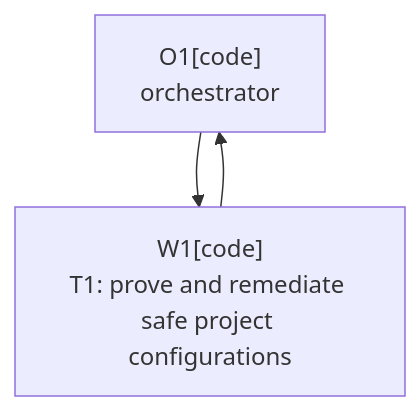
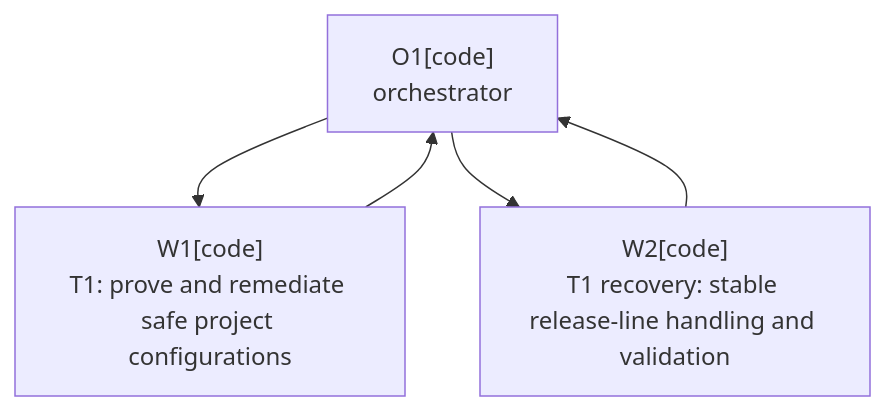
Before and after one commit to kamkie/intellij-ai-commit-all-plugin: the diagram in .agents/plans/PLAN-transitive-build-dependency-remediation.md, drawn with Mermaid. The commit also changed other lines of this file and 1 other file, not shown here.

First line of the commit message:
docs(plan): resume dependency remediation recovery

````diff
--- a/.agents/plans/PLAN-transitive-build-dependency-remediation.md
+++ b/.agents/plans/PLAN-transitive-build-dependency-remediation.md
@@ -229,7 +241,10 @@
 ```mermaid
 flowchart TD
     O1["O1[code]<br/>orchestrator"]
     W1["W1[code]<br/>T1: prove and remediate safe project configurations"]
+    W2["W2[code]<br/>T1 recovery: stable release-line handling and validation"]
     O1 --> W1
     W1 --> O1
+    O1 --> W2
+    W2 --> O1
 ```
````
